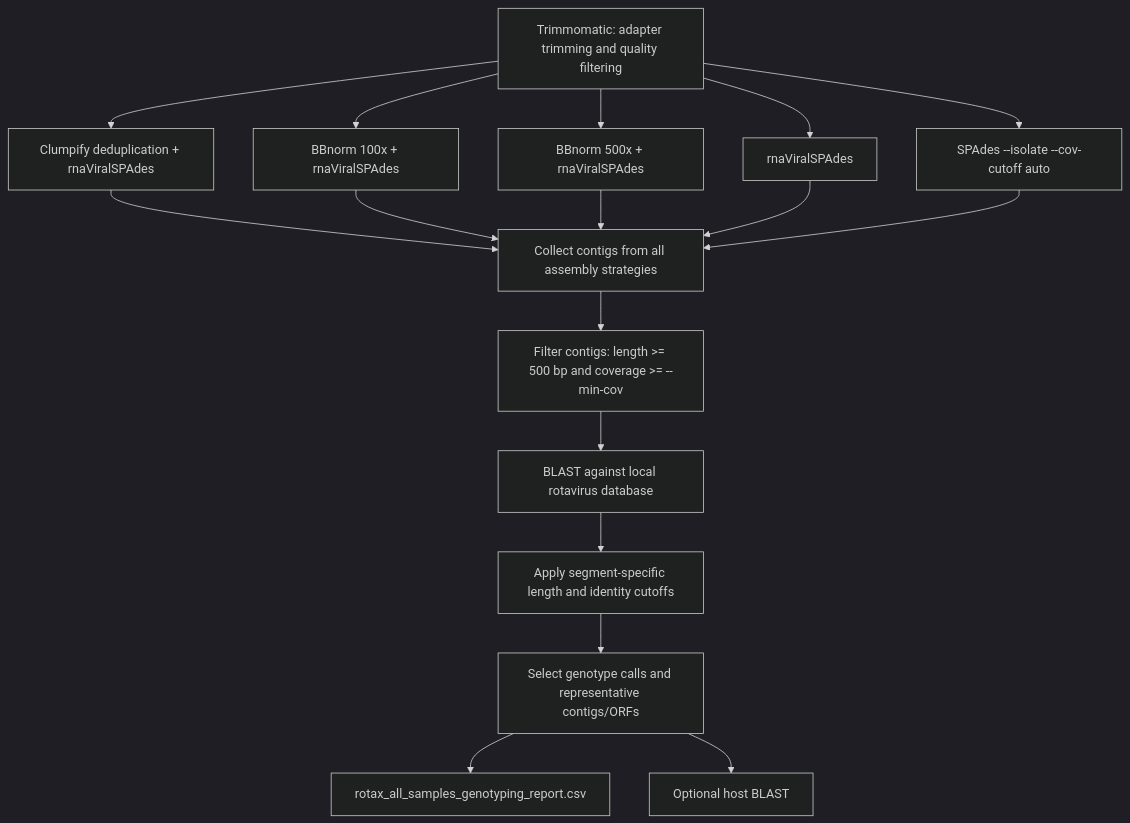
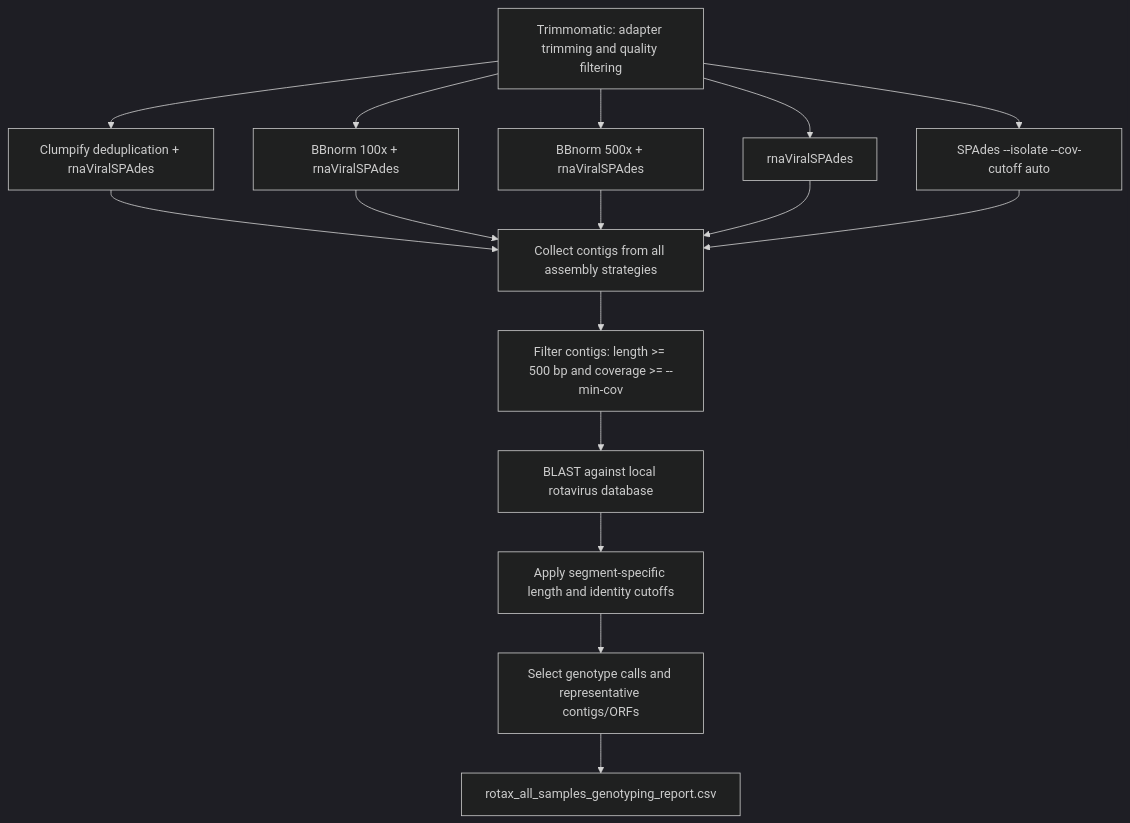
Before and after one commit to Turstein/rotax: the diagram in README.md, drawn with Mermaid (dark theme). The commit also changed other lines of this file and 15 other files, not shown here.

````diff
--- a/README.md
+++ b/README.md
@@ -214,37 +326,35 @@
 ```mermaid
 graph TD;
     Trimmomatic["Trimmomatic: adapter trimming and quality filtering"];
 
     Clumpify_Spades["Clumpify deduplication + rnaViralSPAdes"];
     BBNorm_Spades1["BBnorm 100x + rnaViralSPAdes"];
     BBNorm_Spades2["BBnorm 500x + rnaViralSPAdes"];
     RNAviralSPAdes["rnaViralSPAdes"];
     SPAdes["SPAdes --isolate --cov-cutoff auto"];
 
     Collect["Collect contigs from all assembly strategies"];
     Filter["Filter contigs: length >= 500 bp and coverage >= --min-cov"];
     BLAST["BLAST against local rotavirus database"];
     Evaluate["Apply segment-specific length and identity cutoffs"];
     Select["Select genotype calls and representative contigs/ORFs"];
     Report["rotax_all_samples_genotyping_report.csv"];
-    Host["Optional host BLAST"];
 
     Trimmomatic --> Clumpify_Spades;
     Trimmomatic --> BBNorm_Spades1;
     Trimmomatic --> BBNorm_Spades2;
     Trimmomatic --> RNAviralSPAdes;
     Trimmomatic --> SPAdes;
 
     Clumpify_Spades --> Collect;
     BBNorm_Spades1 --> Collect;
     BBNorm_Spades2 --> Collect;
     RNAviralSPAdes --> Collect;
     SPAdes --> Collect;
 
     Collect --> Filter;
     Filter --> BLAST;
     BLAST --> Evaluate;
     Evaluate --> Select;
     Select --> Report;
-    Select --> Host;
 ```
````
